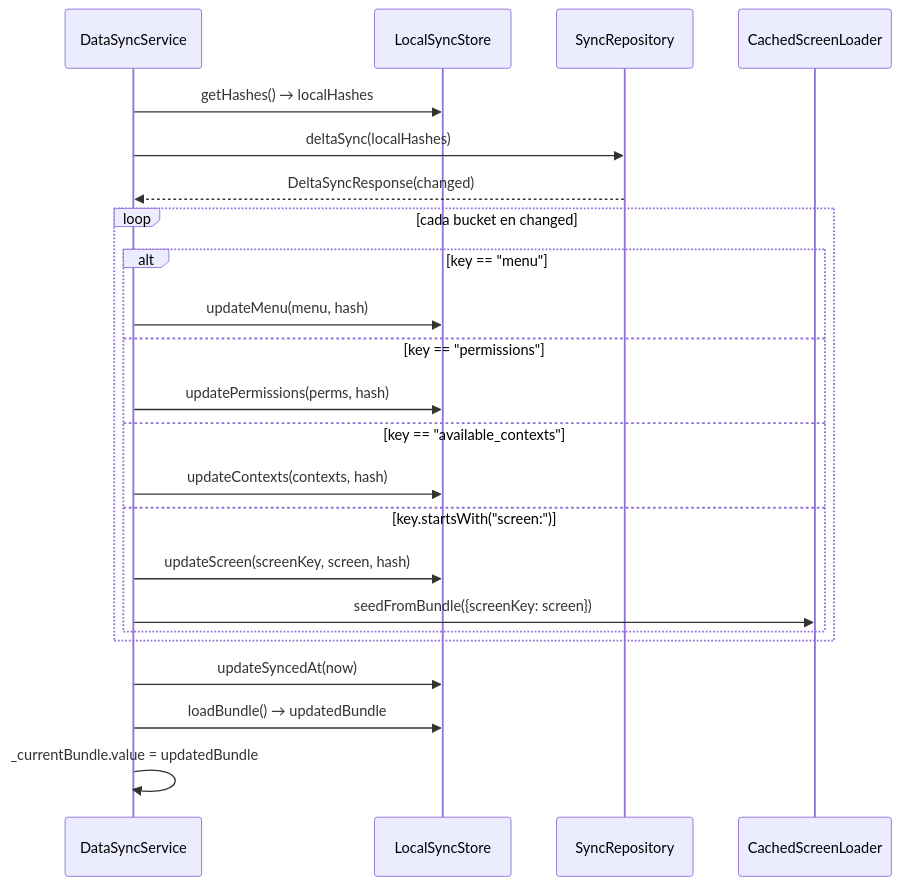
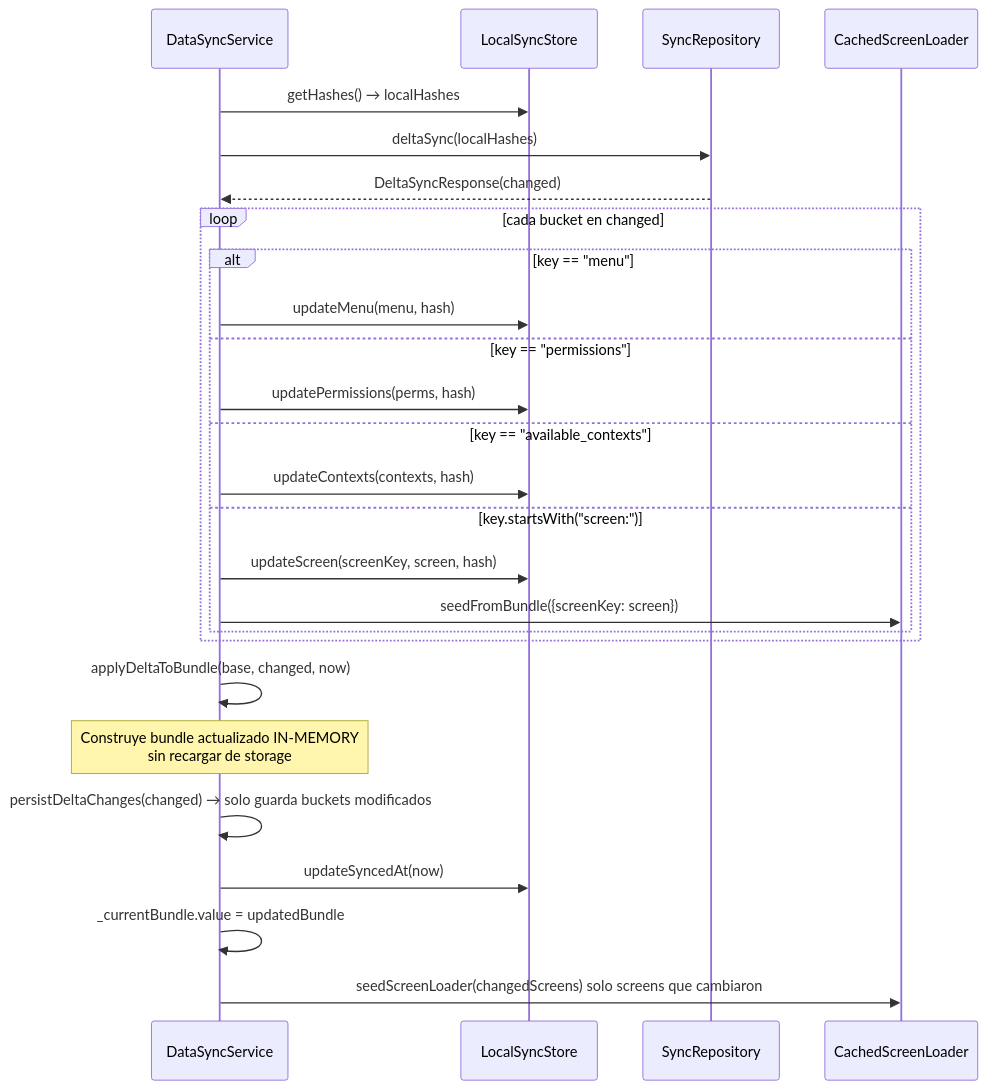
Before and after one commit to EduGoGroup/EduUi-KMP: the ninth of 15 diagrams in docs/flujos-arquitectura/05-storage-local.md, drawn with Mermaid. The commit also changed other lines of this file and 9 other files, not shown here.

First line of the commit message:
Optimize bundle load and save with parallel screen serialization

````diff
--- a/docs/flujos-arquitectura/05-storage-local.md
+++ b/docs/flujos-arquitectura/05-storage-local.md
@@ -291,26 +293,29 @@
 ```mermaid
 sequenceDiagram
     participant DS as DataSyncService
     participant LSS as LocalSyncStore
     participant Repo as SyncRepository
     participant CSL as CachedScreenLoader
 
     DS->>LSS: getHashes() → localHashes
     DS->>Repo: deltaSync(localHashes)
     Repo-->>DS: DeltaSyncResponse(changed)
     loop cada bucket en changed
         alt key == "menu"
             DS->>LSS: updateMenu(menu, hash)
         else key == "permissions"
             DS->>LSS: updatePermissions(perms, hash)
         else key == "available_contexts"
             DS->>LSS: updateContexts(contexts, hash)
         else key.startsWith("screen:")
             DS->>LSS: updateScreen(screenKey, screen, hash)
             DS->>CSL: seedFromBundle({screenKey: screen})
         end
     end
+    DS->>DS: applyDeltaToBundle(base, changed, now)
+    Note over DS: Construye bundle actualizado IN-MEMORY<br/>sin recargar de storage
+    DS->>DS: persistDeltaChanges(changed) → solo guarda buckets modificados
     DS->>LSS: updateSyncedAt(now)
-    DS->>LSS: loadBundle() → updatedBundle
     DS->>DS: _currentBundle.value = updatedBundle
+    DS->>CSL: seedScreenLoader(changedScreens) solo screens que cambiaron
 ```
````
